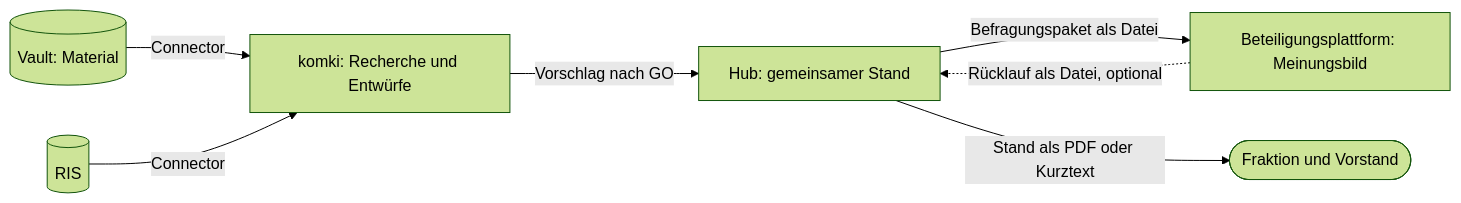
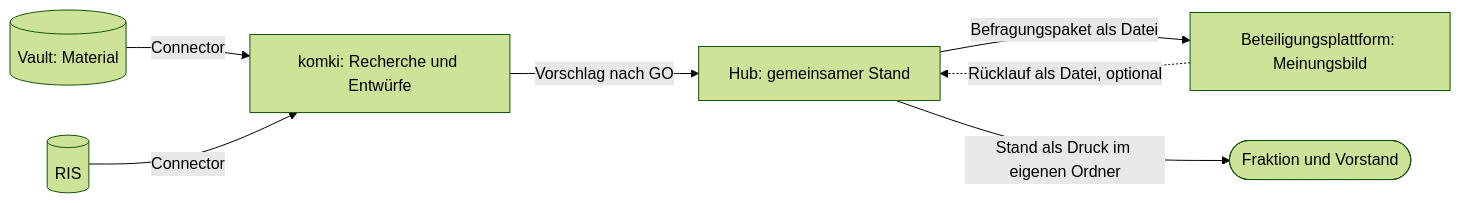
The diagram in docs/adr/0004-ratsprojekte-als-lokaler-hub.md (croesnick/kommunalpolitik_ki), drawn with Mermaid (forest theme) before and after one commit. The commit also changed other lines of this file and 3 other files, not shown here.

Commit message:
ratsprojekte: Stand als Druck in einen eigenen Ordner, ausgegebene Stände bleiben, Rückblick (#411)

````diff
--- a/docs/adr/0004-ratsprojekte-als-lokaler-hub.md
+++ b/docs/adr/0004-ratsprojekte-als-lokaler-hub.md
@@ -15,9 +15,9 @@
 ```mermaid
 flowchart LR
   V[(Vault: Material)] -->|Connector| K[komki: Recherche und Entwürfe]
   RIS[(RIS)] -->|Connector| K
   K -->|Vorschlag nach GO| H[Hub: gemeinsamer Stand]
   H -->|Befragungspaket als Datei| B[Beteiligungsplattform: Meinungsbild]
   B -.->|Rücklauf als Datei, optional| H
-  H -->|Stand als PDF oder Kurztext| S([Fraktion und Vorstand])
+  H -->|Stand als Druck im eigenen Ordner| S([Fraktion und Vorstand])
 ```
````
